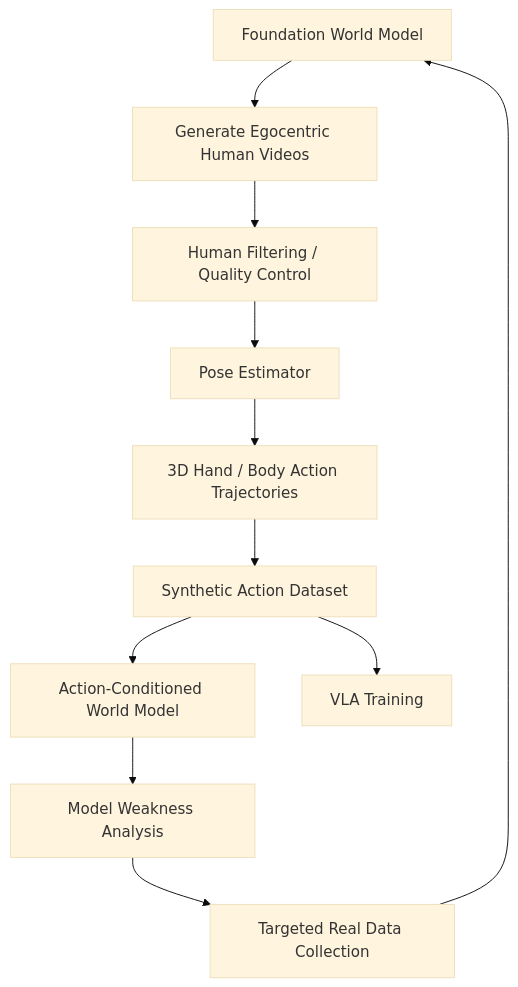
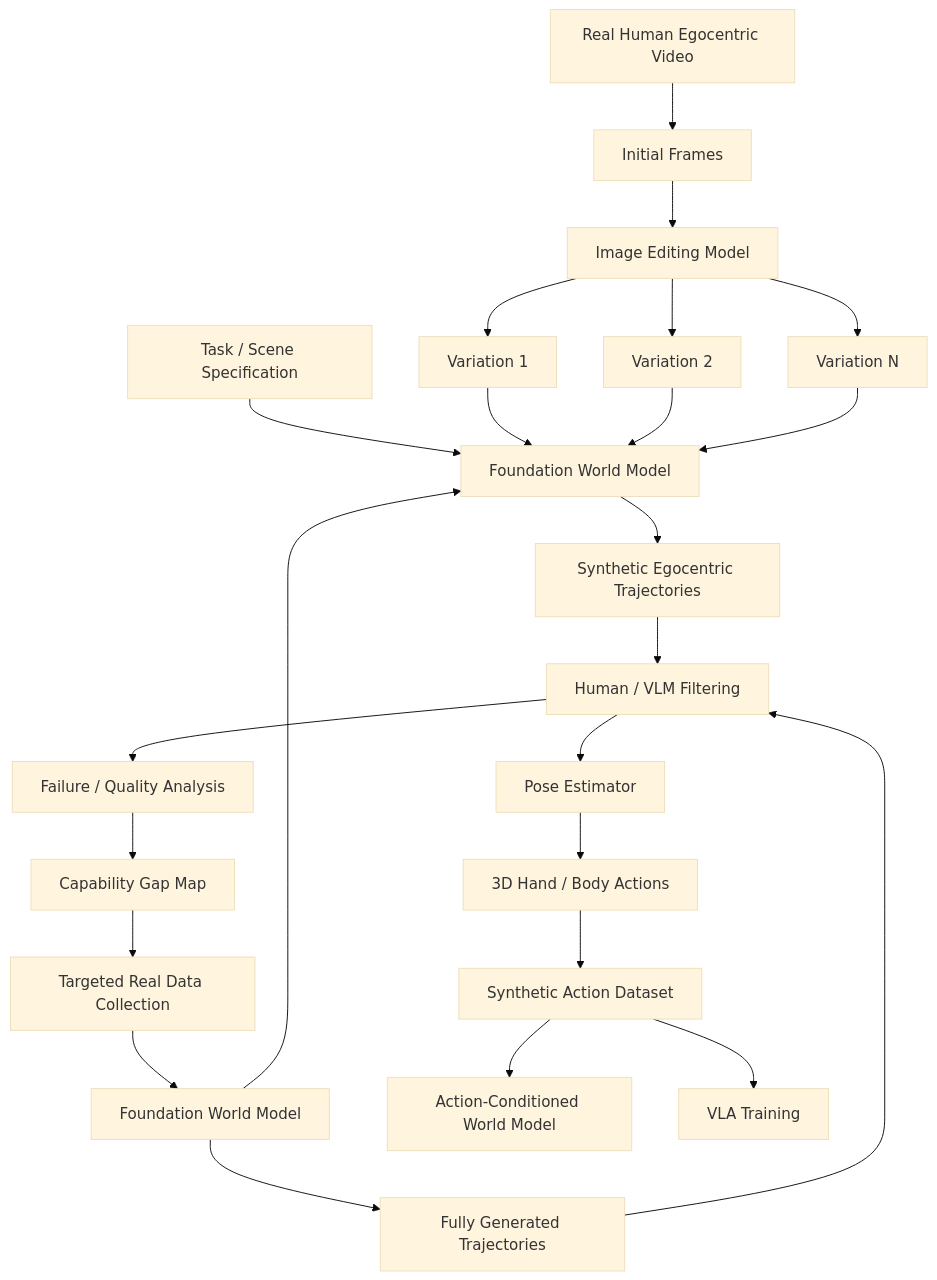
Before and after one commit to Freelunch-AI/freelunch-ide: the third of 13 diagrams in docs/specs/post-demo/lunch_robotics.md, drawn with Mermaid (base theme). The commit also changed other lines of this file, not shown here.

First line of the commit message:
Enhance documentation on synthetic egocentric-data stage

````diff
--- a/docs/specs/post-demo/lunch_robotics.md
+++ b/docs/specs/post-demo/lunch_robotics.md
@@ -474,20 +474,35 @@
 ```mermaid
 flowchart TD
-    A["Foundation World Model"]
-    --> B["Generate Egocentric Human Videos"]
+    A["Real Human Egocentric Video"] --> B["Initial Frames"]
+    B --> C["Image Editing Model"]
+    C --> D["Variation 1"]
+    C --> E["Variation 2"]
+    C --> F["Variation N"]
 
-    B --> C["Human Filtering / Quality Control"]
+    G["Task / Scene Specification"] --> H["Foundation World Model"]
+    D --> H
+    E --> H
+    F --> H
 
-    C --> D["Pose Estimator"]
-    D --> E["3D Hand / Body Action Trajectories"]
+    H --> I["Synthetic Egocentric Trajectories"]
 
-    E --> F["Synthetic Action Dataset"]
+    J["Foundation World Model"] --> H
+    J --> K["Fully Generated Trajectories"]
 
-    F --> G["Action-Conditioned World Model"]
-    F --> H["VLA Training"]
+    I --> L["Human / VLM Filtering"]
+    K --> L
 
-    G --> I["Model Weakness Analysis"]
-    I --> J["Targeted Real Data Collection"]
+    L --> M["Pose Estimator"]
+    M --> N["3D Hand / Body Actions"]
 
-    J --> A
+    N --> O["Synthetic Action Dataset"]
+
+    O --> P["Action-Conditioned World Model"]
+    O --> Q["VLA Training"]
+
+    L --> R["Failure / Quality Analysis"]
+    R --> S["Capability Gap Map"]
+
+    S --> T["Targeted Real Data Collection"]
+    T --> J
 ```
````
